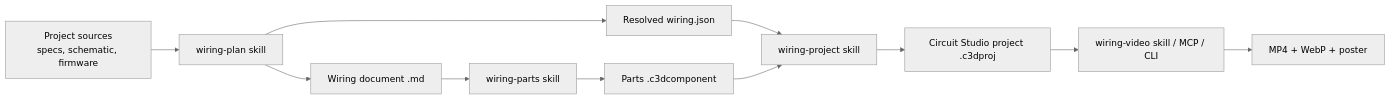
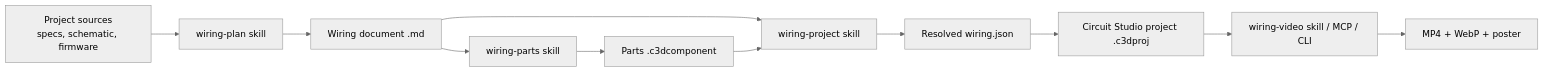
One commit to docteurzoidberg/circuit-studio-agent-kit changed the diagram in README.md. Above: the diagram before and after it, drawn with Mermaid (neutral theme). The commit also changed other lines of this file and 12 other files, not shown here.

First line of the commit message:
Resolve the wiring document in wiring-project

````diff
--- a/README.md
+++ b/README.md
@@ -34,13 +34,13 @@
 ```mermaid
 flowchart LR
   SRC[Project sources<br/>specs, schematic, firmware] --> A[wiring-plan skill]
   A --> DOC[Wiring document .md]
-  A --> JSON[Resolved wiring.json]
   DOC --> B[wiring-parts skill]
   B --> PARTS[Parts .c3dcomponent]
-  JSON --> P[wiring-project skill]
+  DOC --> P[wiring-project skill]
   PARTS --> P
-  P --> PROJ[Circuit Studio project .c3dproj]
+  P --> JSON[Resolved wiring.json]
+  JSON --> PROJ[Circuit Studio project .c3dproj]
   PROJ --> C[wiring-video skill / MCP / CLI]
   C --> OUT[MP4 + WebP + poster]
 ```
````
